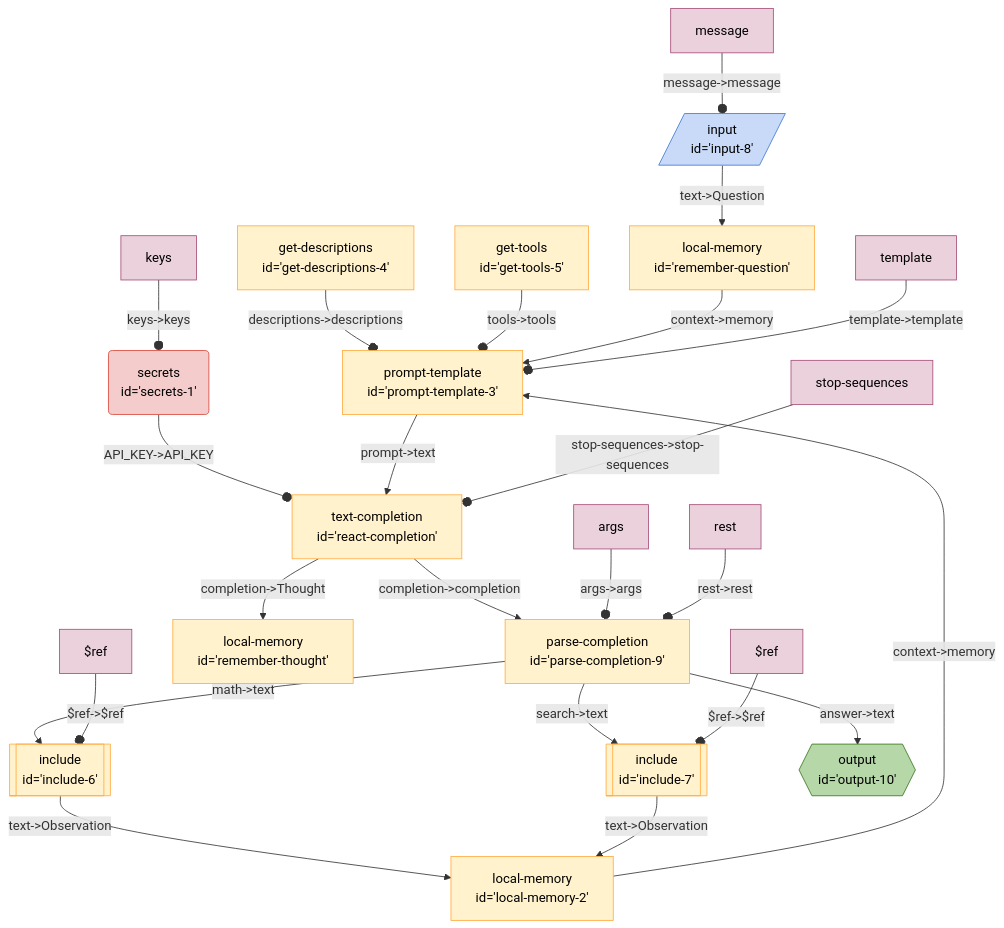
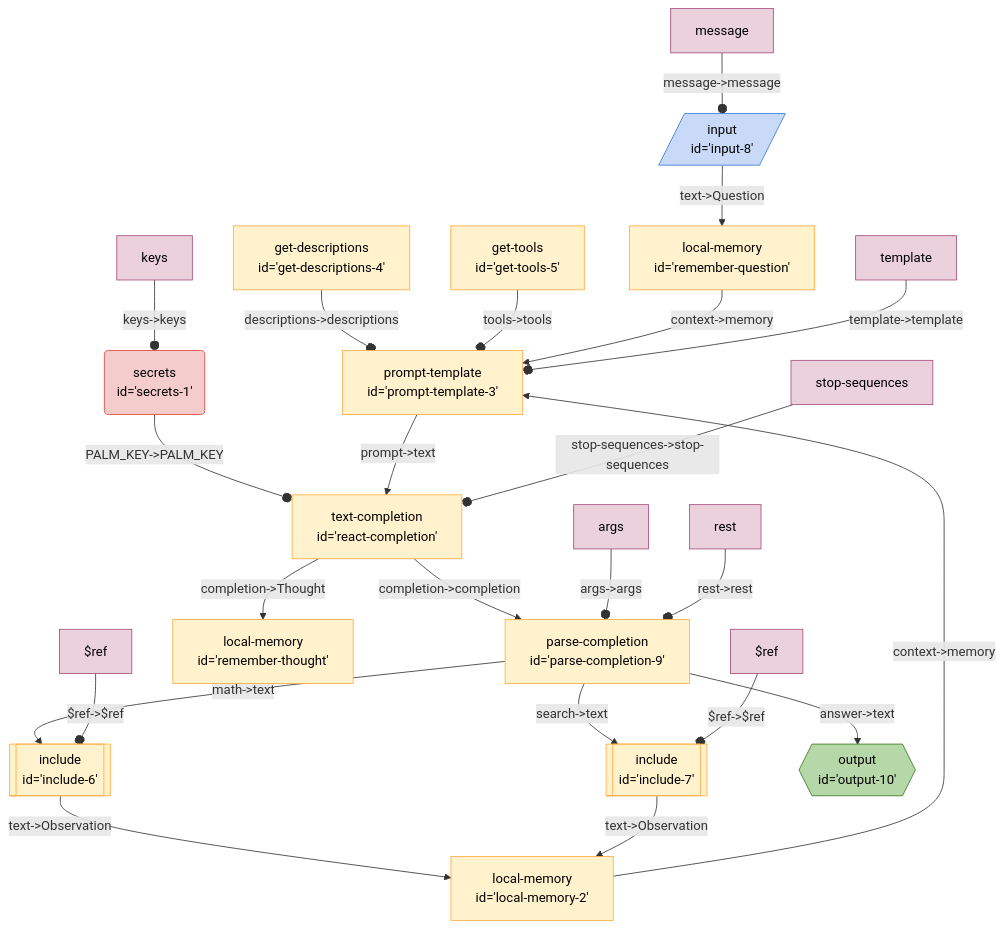
One commit to breadboard-ai/breadboard changed the diagram in seeds/graph-playground/docs/graphs/react-with-include.md. Above: the diagram before and after it, drawn with Mermaid. The commit also changed 72 other files, not shown here.

Commit message:
Rename API_KEY to PALM_KEY. Fixes #72.

````diff
--- a/seeds/graph-playground/docs/graphs/react-with-include.md
+++ b/seeds/graph-playground/docs/graphs/react-with-include.md
@@ -5,62 +5,62 @@
   ```mermaid
   %%{init: 'themeVariables': { 'fontFamily': 'Fira Code, monospace' }}%%
 graph TD;
 getdescriptions4["get-descriptions
 id='get-descriptions-4'"] -- "descriptions->descriptions" --o prompttemplate3["prompt-template
 id='prompt-template-3'"]
 gettools5["get-tools
 id='get-tools-5'"] -- "tools->tools" --o prompttemplate3["prompt-template
 id='prompt-template-3'"]
 localmemory2["local-memory
 id='local-memory-2'"] -- "context->memory" --> prompttemplate3["prompt-template
 id='prompt-template-3'"]
 secrets1("secrets
-id='secrets-1'"):::secrets -- "API_KEY->API_KEY" --o reactcompletion["text-completion
+id='secrets-1'"):::secrets -- "PALM_KEY->PALM_KEY" --o reactcompletion["text-completion
 id='react-completion'"]
 include6[["include
 id='include-6'"]]:::include -- "text->Observation" --> localmemory2["local-memory
 id='local-memory-2'"]
 include7[["include
 id='include-7'"]]:::include -- "text->Observation" --> localmemory2["local-memory
 id='local-memory-2'"]
 parsecompletion9["parse-completion
 id='parse-completion-9'"] -- "search->text" --> include7[["include
 id='include-7'"]]:::include
 parsecompletion9["parse-completion
 id='parse-completion-9'"] -- "math->text" --> include6[["include
 id='include-6'"]]:::include
 parsecompletion9["parse-completion
 id='parse-completion-9'"] -- "answer->text" --> output10{{"output
 id='output-10'"}}:::output
 reactcompletion["text-completion
 id='react-completion'"] -- "completion->completion" --> parsecompletion9["parse-completion
 id='parse-completion-9'"]
 reactcompletion["text-completion
 id='react-completion'"] -- "completion->Thought" --> rememberthought["local-memory
 id='remember-thought'"]
 prompttemplate3["prompt-template
 id='prompt-template-3'"] -- "prompt->text" --> reactcompletion["text-completion
 id='react-completion'"]
 rememberquestion["local-memory
 id='remember-question'"] -- "context->memory" --> prompttemplate3["prompt-template
 id='prompt-template-3'"]
 input8[/"input
 id='input-8'"/]:::input -- "text->Question" --> rememberquestion["local-memory
 id='remember-question'"]
 keyssecrets1[keys]:::config -- "keys->keys" --o secrets1
 templateprompttemplate3[template]:::config -- "template->template" --o prompttemplate3
 stopsequencesreactcompletion[stop-sequences]:::config -- "stop-sequences->stop-sequences" --o reactcompletion
 $refinclude6[$ref]:::config -- "$ref->$ref" --o include6
 $refinclude7[$ref]:::config -- "$ref->$ref" --o include7
 messageinput8[message]:::config -- "message->message" --o input8
 argsparsecompletion9[args]:::config -- "args->args" --o parsecompletion9
 restparsecompletion9[rest]:::config -- "rest->rest" --o parsecompletion9
 classDef default stroke:#ffab40,fill:#fff2ccff,color:#000
 classDef input stroke:#3c78d8,fill:#c9daf8ff,color:#000
 classDef output stroke:#38761d,fill:#b6d7a8ff,color:#000
 classDef passthrough stroke:#a64d79,fill:#ead1dcff,color:#000
 classDef slot stroke:#a64d79,fill:#ead1dcff,color:#000
 classDef config stroke:#a64d79,fill:#ead1dcff,color:#000
 classDef secrets stroke:#db4437,fill:#f4cccc,color:#000
 classDef slotted stroke:#a64d79
   ```
````
